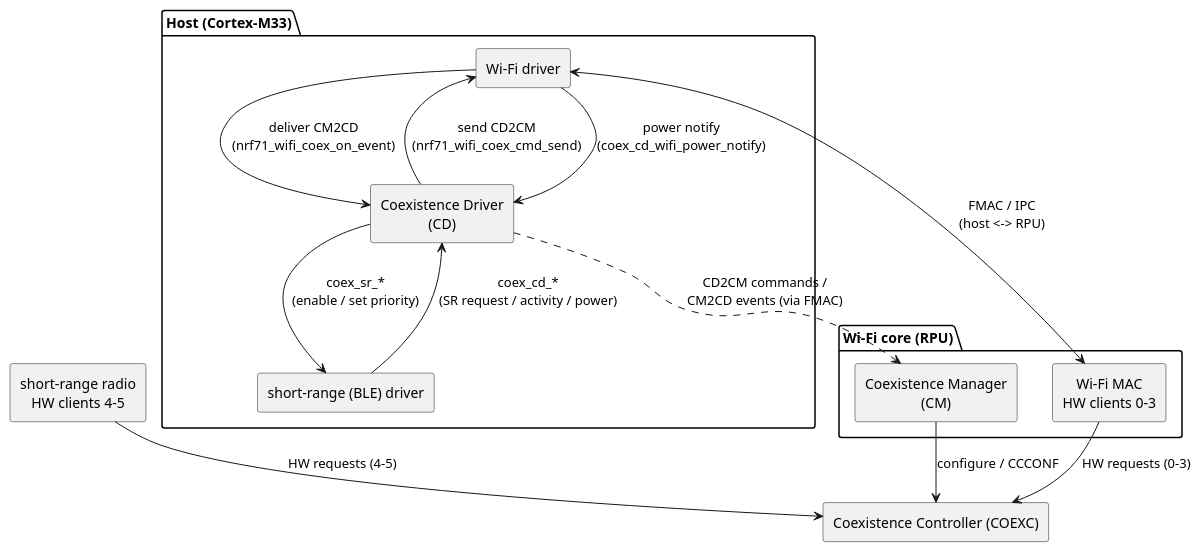
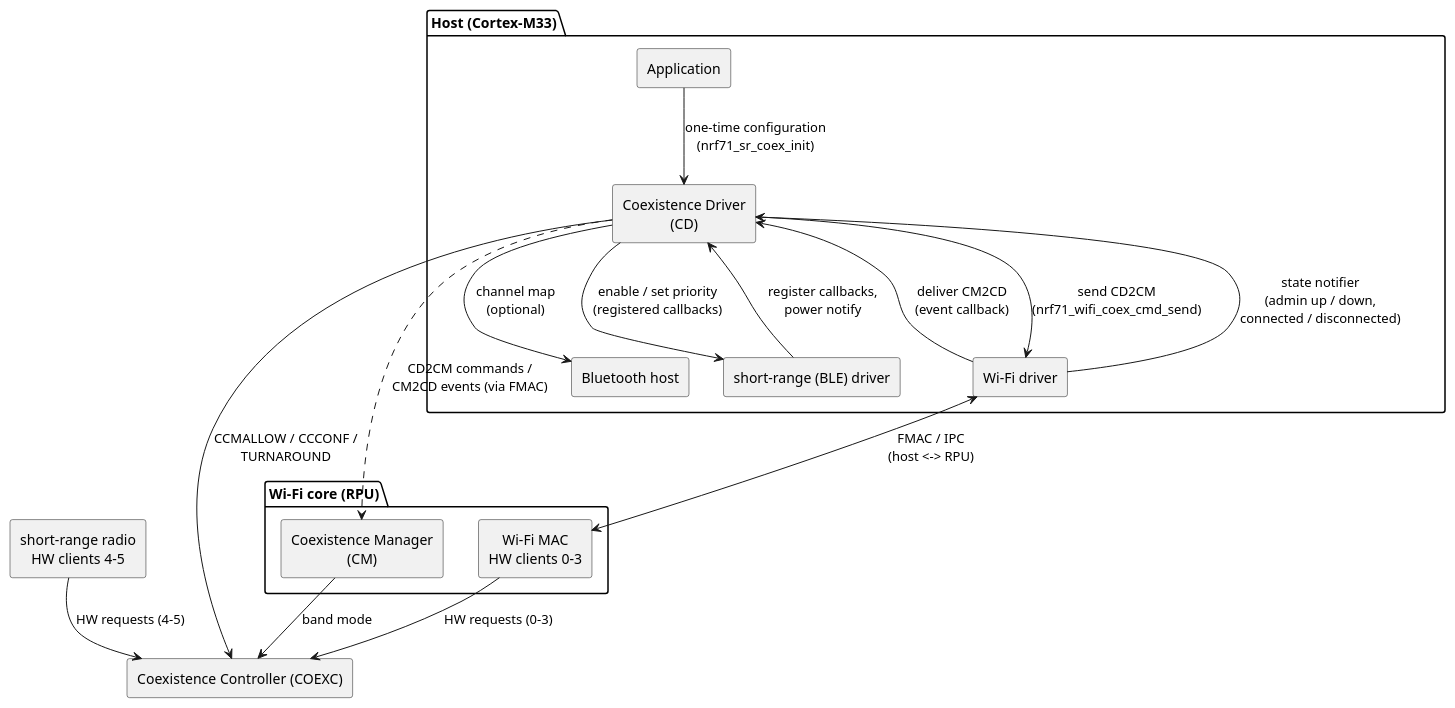
The diagram in doc/nrf/drivers/other_drivers/nrf71_sr_coex.rst (nrfconnect/sdk-nrf), drawn with PlantUML before and after one commit. The commit also changed other lines of this file, not shown here.

First line of the commit message:
doc: nrf71_sr_coex: describe the notifier and the public API

```diff
--- a/doc/nrf/drivers/other_drivers/nrf71_sr_coex.rst
+++ b/doc/nrf/drivers/other_drivers/nrf71_sr_coex.rst
@@ -34,32 +35,37 @@
 .. uml::
 
    @startuml
    skinparam componentStyle rectangle
    skinparam shadowing false
    skinparam defaultTextAlignment center
 
    package "Host (Cortex-M33)" {
+     [Application] as APP
      [Wi-Fi driver] as WIFID
      [Coexistence Driver\n(CD)] as CD
      [short-range (BLE) driver] as SRD
+     [Bluetooth host] as BTH
    }
 
    package "Wi-Fi core (RPU)" {
      [Wi-Fi MAC\nHW clients 0-3] as MAC
      [Coexistence Manager\n(CM)] as CM
    }
 
    [short-range radio\nHW clients 4-5] as SRR
    [Coexistence Controller (COEXC)] as COEXC
 
-   WIFID --> CD : power notify\n(coex_cd_wifi_power_notify)
-   SRD --> CD : coex_cd_*\n(SR request / activity / power)
-   CD --> SRD : coex_sr_*\n(enable / set priority)
+   APP --> CD : one-time configuration\n(nrf71_sr_coex_init)
+   WIFID --> CD : state notifier\n(admin up / down,\nconnected / disconnected)
+   SRD --> CD : register callbacks,\npower notify
+   CD --> SRD : enable / set priority\n(registered callbacks)
    CD --> WIFID : send CD2CM\n(nrf71_wifi_coex_cmd_send)
-   WIFID --> CD : deliver CM2CD\n(nrf71_wifi_coex_on_event)
+   WIFID --> CD : deliver CM2CD\n(event callback)
+   CD --> BTH : channel map\n(optional)
+   CD --> COEXC : CCMALLOW / CCCONF /\nTURNAROUND
    WIFID <--> MAC : FMAC / IPC\n(host <-> RPU)
    CD ..> CM : CD2CM commands /\nCM2CD events (via FMAC)
-   CM --> COEXC : configure / CCCONF
+   CM --> COEXC : band mode
    MAC --> COEXC : HW requests (0-3)
    SRR --> COEXC : HW requests (4-5)
    @enduml
```
